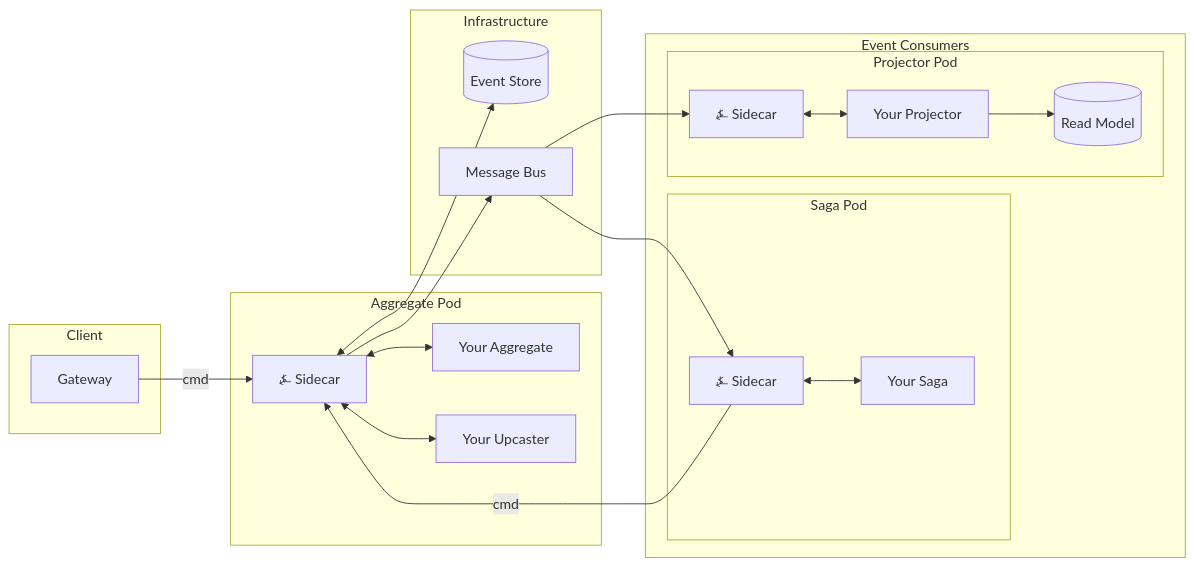
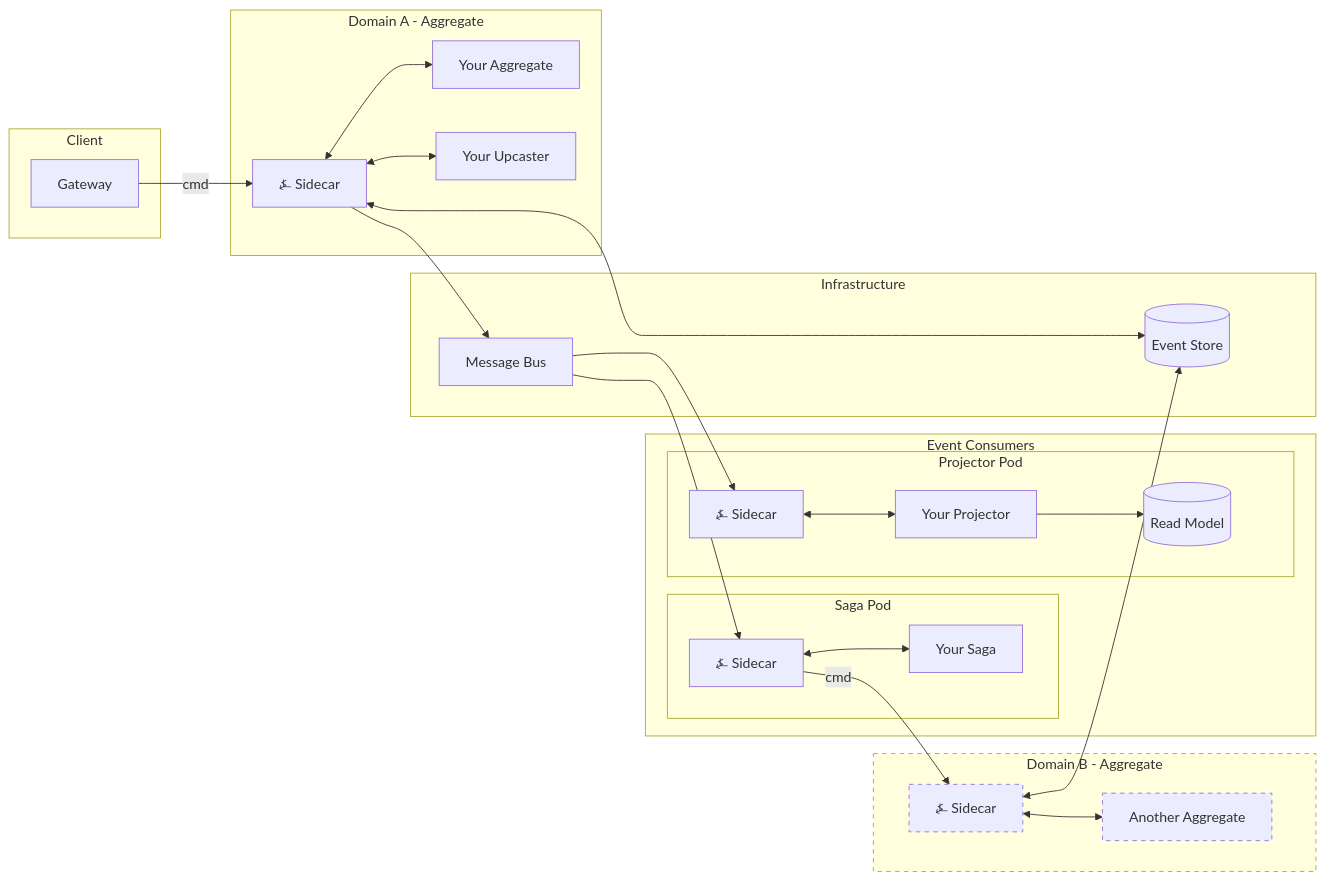
The diagram in docs/docs/intro.md (benjaminabbitt/angzarr), drawn with Mermaid before and after one commit.

Commit message:
Add cross-domain aggregate to show saga bridges domains

````diff
--- a/docs/docs/intro.md
+++ b/docs/docs/intro.md
@@ -75,42 +75,53 @@
 ```mermaid
 flowchart LR
     subgraph Client
         GW[Gateway]
     end
 
-    subgraph AggPod[Aggregate Pod]
+    subgraph AggPod[Domain A - Aggregate]
         AGG_COORD[⍼ Sidecar]
         AGG[Your Aggregate]
         UPC[Your Upcaster]
         AGG_COORD <--> AGG
         AGG_COORD <--> UPC
     end
 
     subgraph Infra[Infrastructure]
         ES[(Event Store)]
         BUS[Message Bus]
     end
 
     subgraph Consumers[Event Consumers]
         subgraph SagaPod[Saga Pod]
             SAGA_COORD[⍼ Sidecar]
             SAGA[Your Saga]
             SAGA_COORD <--> SAGA
         end
 
         subgraph PrjPod[Projector Pod]
             PRJ_COORD[⍼ Sidecar]
             PRJ[Your Projector]
             PRJ_DB[(Read Model)]
             PRJ_COORD <--> PRJ
             PRJ --> PRJ_DB
         end
     end
 
+    subgraph AggPod2[Domain B - Aggregate]
+        AGG_COORD2[⍼ Sidecar]
+        AGG2[Another Aggregate]
+        AGG_COORD2 <--> AGG2
+    end
+
     GW -->|cmd| AGG_COORD
     AGG_COORD <--> ES
     AGG_COORD --> BUS
     BUS --> SAGA_COORD
     BUS --> PRJ_COORD
-    SAGA_COORD -->|cmd| AGG_COORD
+    SAGA_COORD -->|cmd| AGG_COORD2
+    AGG_COORD2 <--> ES
+
+    style AggPod2 stroke-dasharray: 5 5
+    style AGG_COORD2 stroke-dasharray: 5 5
+    style AGG2 stroke-dasharray: 5 5
 ```
````
